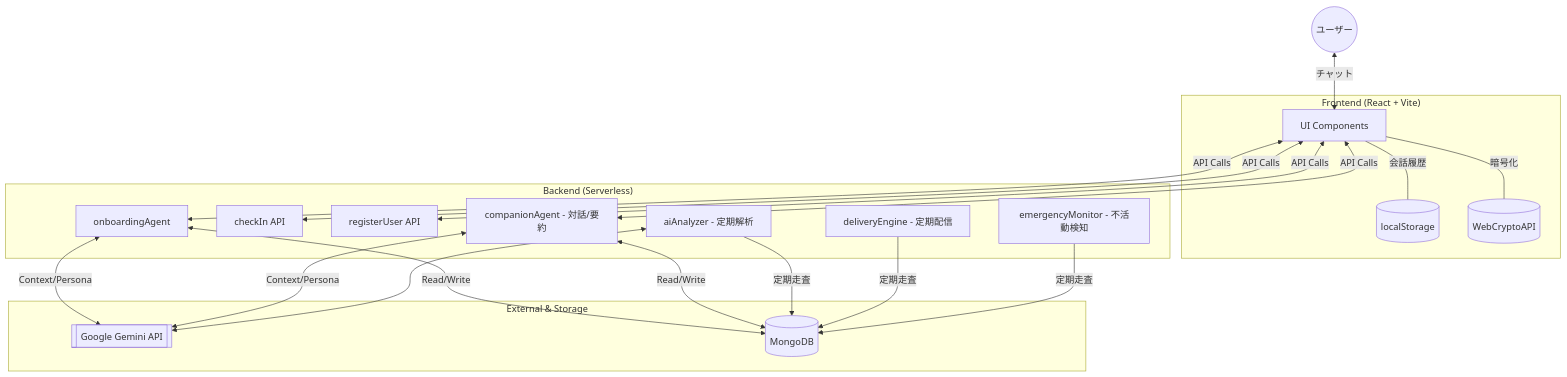
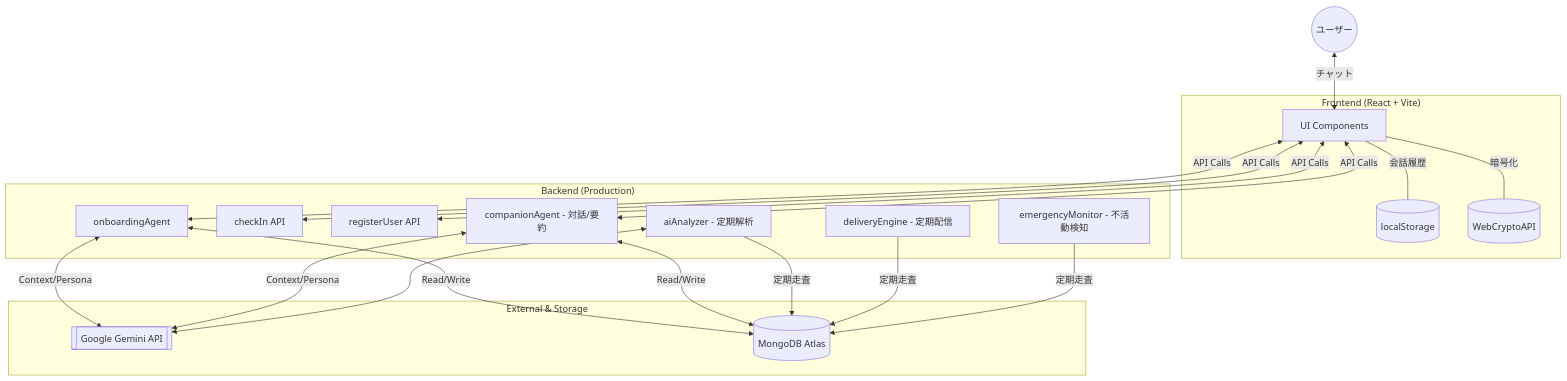
One commit to jerrywdlee/amber-ink changed the first of 2 diagrams in SYSTEM_SUMMARY.md. Above: the diagram before and after it, drawn with Mermaid. The commit also changed other lines of this file and 3 other files, not shown here.

Commit message:
docs: Update project architecture, environment setup, README, and system summary documentation.

````diff
--- a/SYSTEM_SUMMARY.md
+++ b/SYSTEM_SUMMARY.md
@@ -12,49 +12,47 @@
 ```mermaid
 graph TD
     User((ユーザー))
     
     subgraph "Frontend (React + Vite)"
         UI[UI Components]
         LocalDB[(localStorage)]
         Crypto[(WebCryptoAPI)]
     end
     
-    subgraph "Backend (Serverless)"
+    subgraph "Backend (Production)"
         OnboardingAgent[onboardingAgent]
         CheckIn[checkIn API]
         DataMgr[registerUser API]
         Companion[companionAgent - 対話/要約]
         AIAnalyzer[aiAnalyzer - 定期解析]
         Delivery[deliveryEngine - 定期配信]
         Emergency[emergencyMonitor - 不活動検知]
     end
     
     subgraph "External & Storage"
         Gemini[[Google Gemini API]]
-        MongoDB[(MongoDB)]
+        MongoDB[(MongoDB Atlas)]
     end
 
     User <-->|チャット| UI
     UI <-->|API Calls| OnboardingAgent
     UI <-->|API Calls| CheckIn
     UI <-->|API Calls| DataMgr
     UI <-->|API Calls| Companion
     
     OnboardingAgent <-->|Context/Persona| Gemini
     OnboardingAgent <-->|Read/Write| MongoDB
     
     Companion <-->|Read/Write| MongoDB
     Companion <-->|Context/Persona| Gemini
 
     AIAnalyzer -->|定期走査| MongoDB
     AIAnalyzer <--> Gemini
-
-
     
     Delivery -->|定期走査| MongoDB
 
     Emergency -->|定期走査| MongoDB
     
     UI --- |会話履歴| LocalDB
     UI --- |暗号化| Crypto
 ```
````
